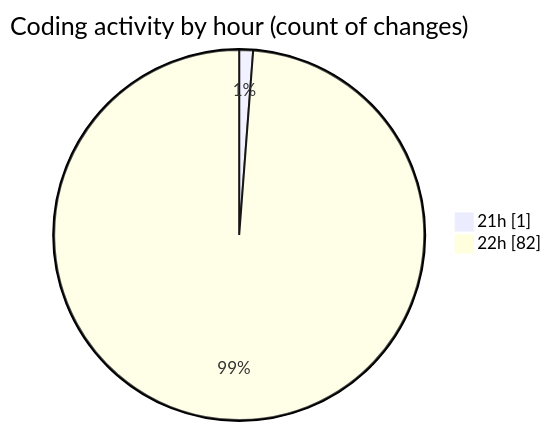
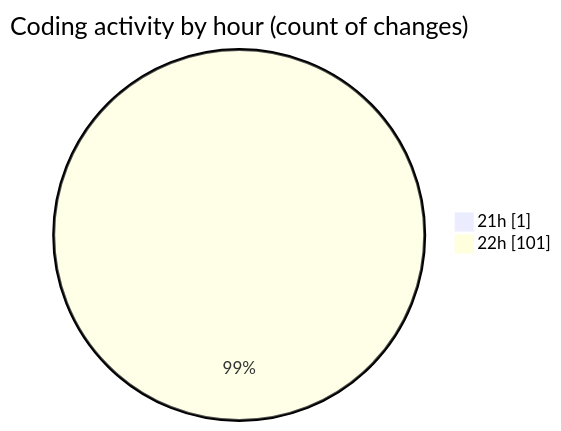
Before and after one commit to Unknowalive/code-tracking: the second of 2 diagrams in 2026-04-07/t2s/README.md, drawn with Mermaid. The commit also changed other lines of this file and 1 other file, not shown here.

````diff
--- a/2026-04-07/t2s/README.md
+++ b/2026-04-07/t2s/README.md
@@ -86,6 +93,6 @@
 ```mermaid
 pie showData
 title Coding activity by hour (count of changes)
 "21h" : 1
-"22h" : 82
+"22h" : 101
 ```
````
